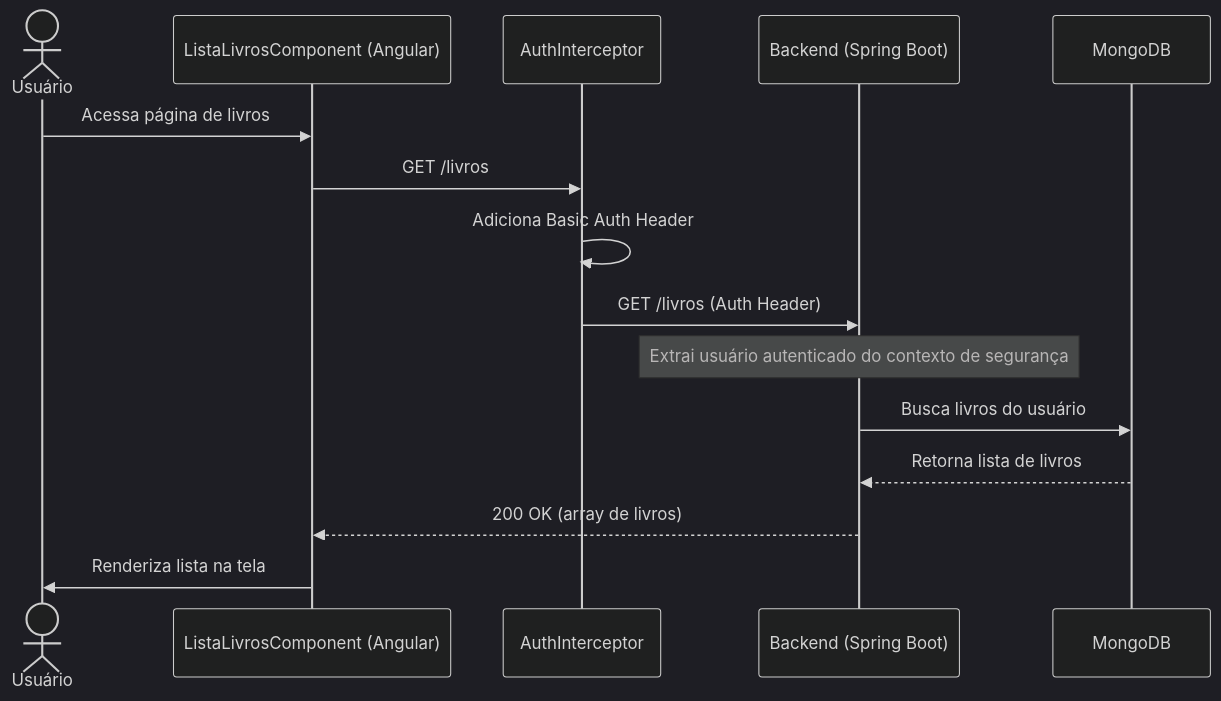
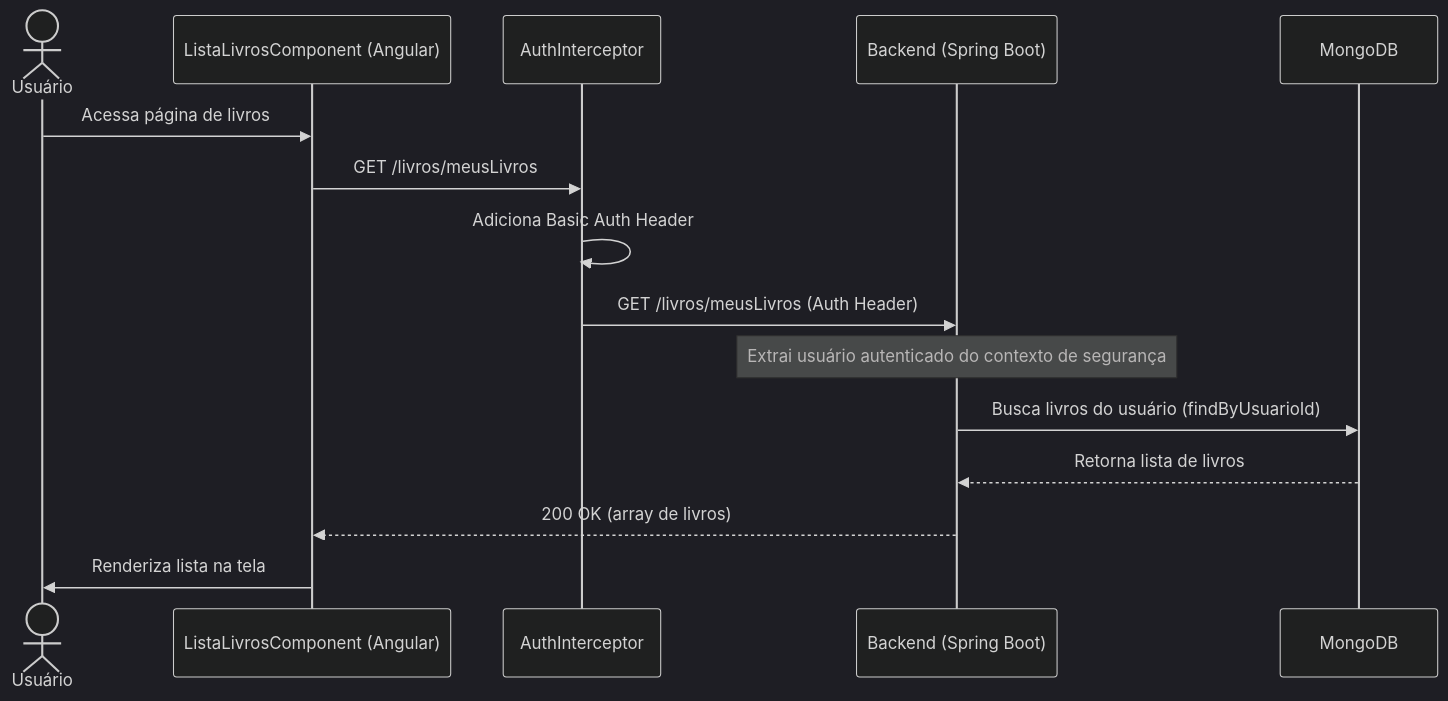
The fourth of 5 diagrams in Diagrama UML.md (Alex-sampaio-lima/Projeto-Q.A), drawn with Mermaid (dark theme) before and after one commit. The commit also changed other lines of this file and 10 other files, not shown here.

````diff
--- a/Diagrama UML.md
+++ b/Diagrama UML.md
@@ -100,20 +100,20 @@
 ```mermaid
 sequenceDiagram
     actor Usuario as Usuário
     participant Front as ListaLivrosComponent (Angular)
     participant Interceptor as AuthInterceptor
     participant Back as Backend (Spring Boot)
     participant DB as MongoDB
 
     Usuario->>Front: Acessa página de livros
-    Front->>Interceptor: GET /livros
+    Front->>Interceptor: GET /livros/meusLivros
     Interceptor->>Interceptor: Adiciona Basic Auth Header
-    Interceptor->>Back: GET /livros (Auth Header)
+    Interceptor->>Back: GET /livros/meusLivros (Auth Header)
 
     Note over Back: Extrai usuário autenticado do contexto de segurança
 
-    Back->>DB: Busca livros do usuário
+    Back->>DB: Busca livros do usuário (findByUsuarioId)
     DB-->>Back: Retorna lista de livros
     Back-->>Front: 200 OK (array de livros)
     Front->>Usuario: Renderiza lista na tela
 ```
````
